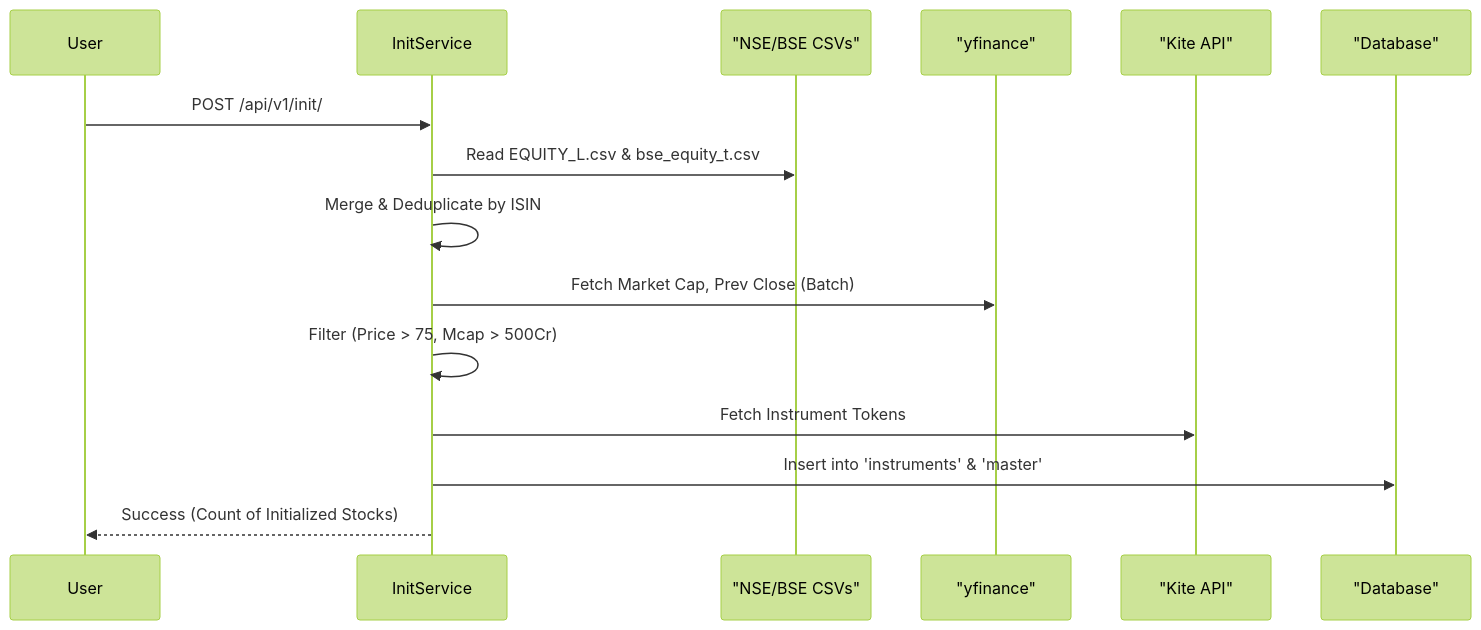
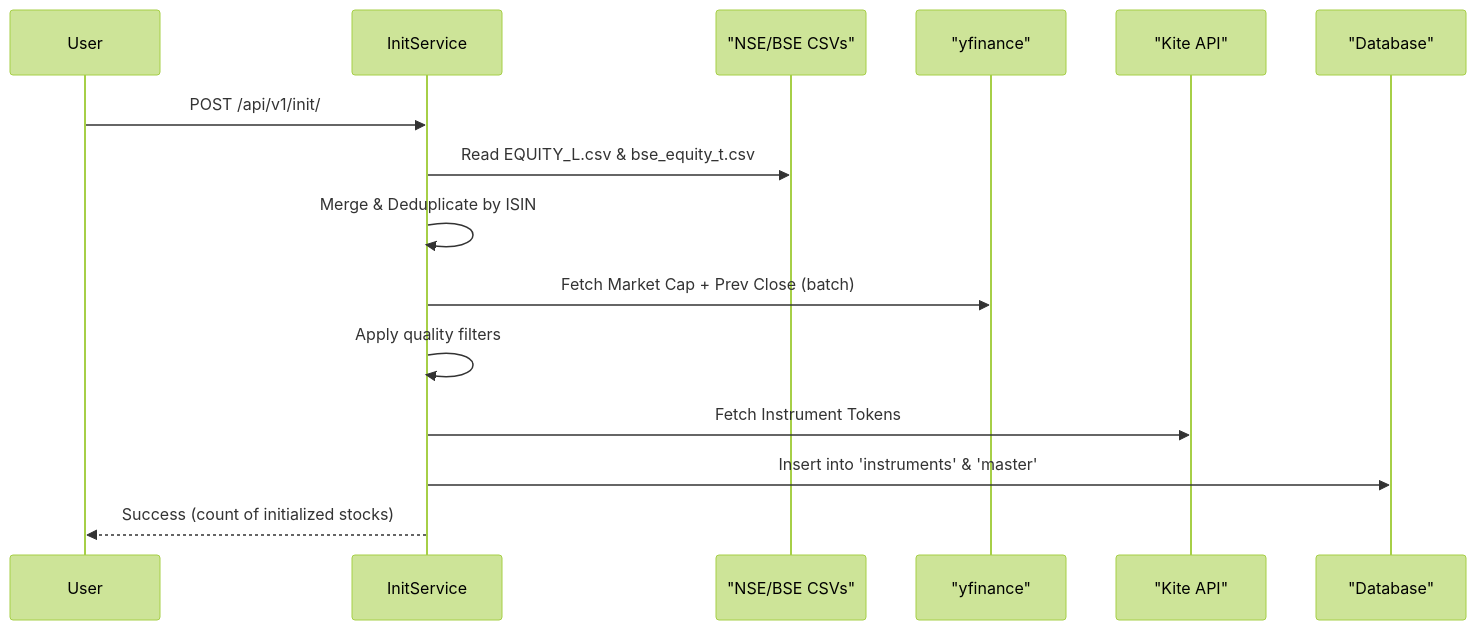
Before and after one commit to Harshit6135/stock_screener: the diagram in docs/DAY0.md, drawn with Mermaid (forest theme). The commit also changed other lines of this file and 53 other files, not shown here.

````diff
--- a/docs/DAY0.md
+++ b/docs/DAY0.md
@@ -13,18 +13,18 @@
 ```mermaid
 sequenceDiagram
     participant User
     participant InitService
     participant NSE_BSE as "NSE/BSE CSVs"
     participant YF as "yfinance"
     participant Kite as "Kite API"
     participant DB as "Database"
 
     User->>InitService: POST /api/v1/init/
     InitService->>NSE_BSE: Read EQUITY_L.csv & bse_equity_t.csv
     InitService->>InitService: Merge & Deduplicate by ISIN
-    InitService->>YF: Fetch Market Cap, Prev Close (Batch)
-    InitService->>InitService: Filter (Price > 75, Mcap > 500Cr)
+    InitService->>YF: Fetch Market Cap + Prev Close (batch)
+    InitService->>InitService: Apply quality filters
     InitService->>Kite: Fetch Instrument Tokens
     InitService->>DB: Insert into 'instruments' & 'master'
-    InitService-->>User: Success (Count of Initialized Stocks)
+    InitService-->>User: Success (count of initialized stocks)
 ```
````
